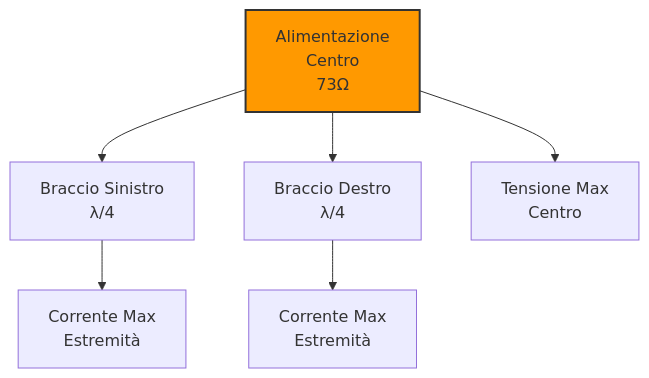
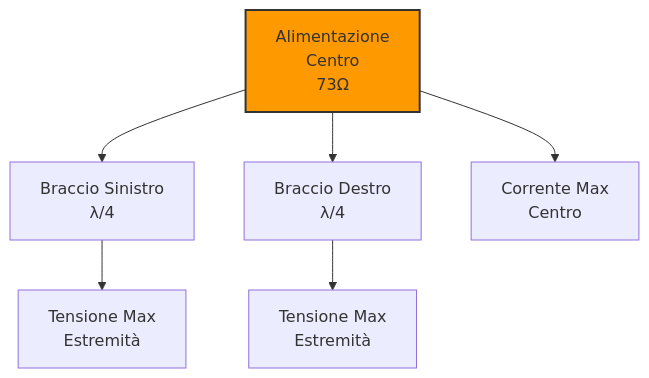
One commit to IU6VYG/esame-radioamatori changed the first of 5 diagrams in website/docs/A_Tecnica/06_Antenne/6.1_Tipi_di_antenne.md. Above: the diagram before and after it, drawn with Mermaid. The commit also changed other lines of this file and 6 other files, not shown here.

````diff
--- a/website/docs/A_Tecnica/06_Antenne/6.1_Tipi_di_antenne.md
+++ b/website/docs/A_Tecnica/06_Antenne/6.1_Tipi_di_antenne.md
@@ -35,10 +35,10 @@
 ```mermaid
 graph TD;
     Alimentazione["Alimentazione<br>Centro<br>73Ω"] --> BraccioSx["Braccio Sinistro<br>λ/4"];
     Alimentazione --> BraccioDx["Braccio Destro<br>λ/4"];
-    BraccioSx --> CorrenteMax["Corrente Max<br>Estremità"];
-    BraccioDx --> CorrenteMax2["Corrente Max<br>Estremità"];
-    Alimentazione --> TensioneMax["Tensione Max<br>Centro"];
+    BraccioSx --> TensioneMax["Tensione Max<br>Estremità"];
+    BraccioDx --> TensioneMax2["Tensione Max<br>Estremità"];
+    Alimentazione --> CorrenteMax["Corrente Max<br>Centro"];
     classDef alimentazione fill:#f90,stroke:#333,stroke-width:2px;
     class Alimentazione alimentazione;
 ```
````
